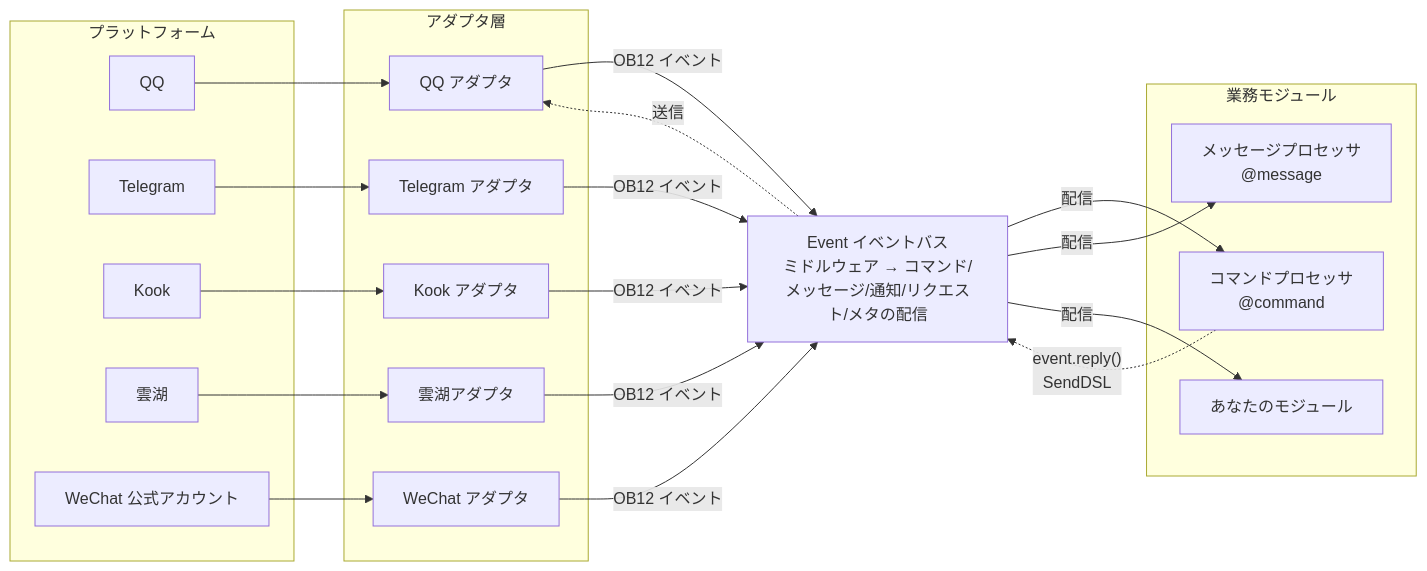
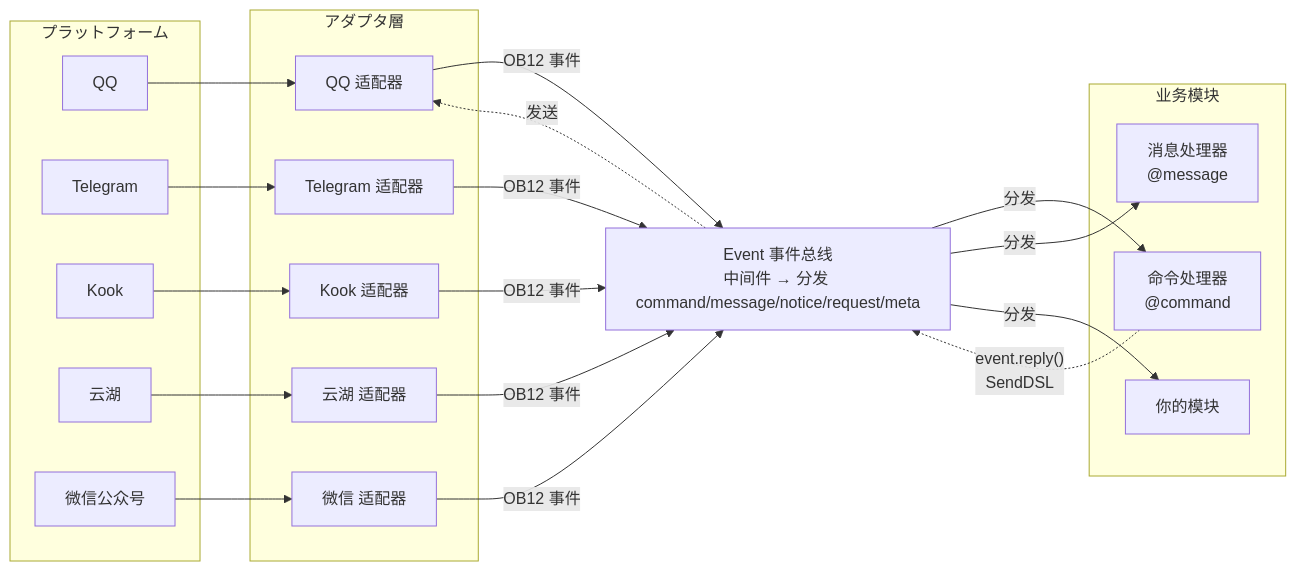
The first of 2 diagrams in README.ja.md (ErisPulse/ErisPulse), drawn with Mermaid before and after one commit. The commit also changed other lines of this file and 91 other files, not shown here.

````diff
--- a/README.ja.md
+++ b/README.ja.md
@@ -117,45 +152,45 @@
 ```mermaid
 graph LR
     subgraph Platforms[プラットフォーム]
         QQ["QQ"]
         TG["Telegram"]
         Kook["Kook"]
-        YH["雲湖"]
-        WX["WeChat 公式アカウント"]
+        YH["云湖"]
+        WX["微信公众号"]
     end
 
     subgraph Adapters[アダプタ層]
-        A1["QQ アダプタ"]
-        A2["Telegram アダプタ"]
-        A3["Kook アダプタ"]
-        A4["雲湖アダプタ"]
-        A5["WeChat アダプタ"]
+        A1["QQ 适配器"]
+        A2["Telegram 适配器"]
+        A3["Kook 适配器"]
+        A4["云湖 适配器"]
+        A5["微信 适配器"]
     end
 
-    Event["Event イベントバス<br/>ミドルウェア → コマンド/メッセージ/通知/リクエスト/メタの配信"]
+    Event["Event 事件总线<br/>中间件 → 分发 command/message/notice/request/meta"]
 
-    subgraph Modules[業務モジュール]
-        M1["コマンドプロセッサ<br/>@command"]
-        M2["メッセージプロセッサ<br/>@message"]
-        M3["あなたのモジュール"]
+    subgraph Modules[业务模块]
+        M1["命令处理器<br/>@command"]
+        M2["消息处理器<br/>@message"]
+        M3["你的模块"]
     end
 
     QQ --> A1
     TG --> A2
     Kook --> A3
     YH --> A4
     WX --> A5
 
-    A1 -->|"OB12 イベント"| Event
-    A2 -->|"OB12 イベント"| Event
-    A3 -->|"OB12 イベント"| Event
-    A4 -->|"OB12 イベント"| Event
-    A5 -->|"OB12 イベント"| Event
+    A1 -->|"OB12 事件"| Event
+    A2 -->|"OB12 事件"| Event
+    A3 -->|"OB12 事件"| Event
+    A4 -->|"OB12 事件"| Event
+    A5 -->|"OB12 事件"| Event
 
-    Event -->|"配信"| M1
-    Event -->|"配信"| M2
-    Event -->|"配信"| M3
+    Event -->|"分发"| M1
+    Event -->|"分发"| M2
+    Event -->|"分发"| M3
 
     M1 -.->|"event.reply()<br/>SendDSL"| Event
-    Event -.->|"送信"| A1
+    Event -.->|"发送"| A1
 ```
````
